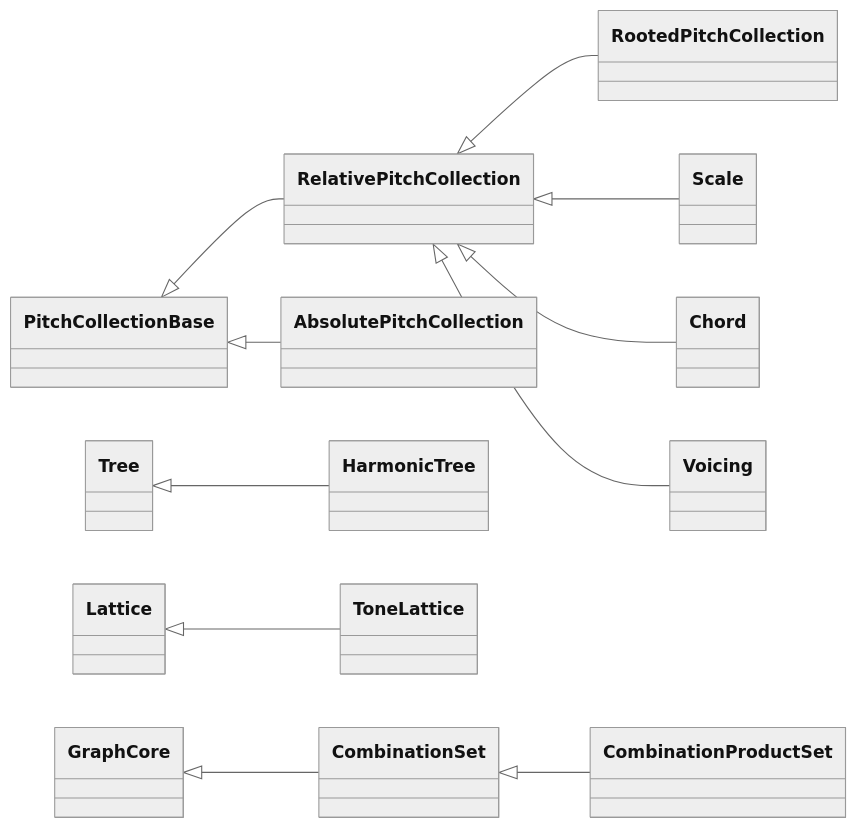
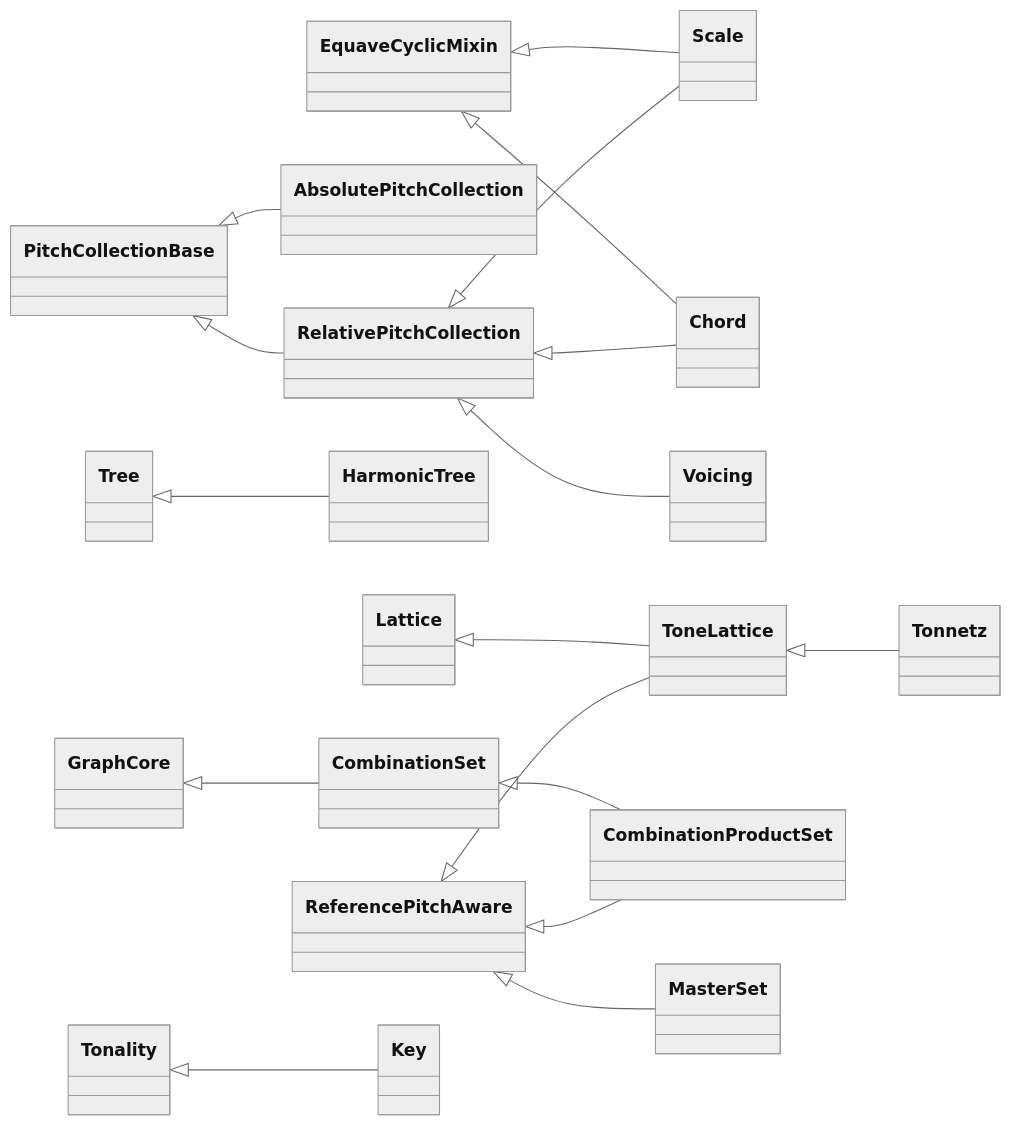
Before and after one commit to kr4g/Klotho: the sixth of 6 diagrams in docs/architecture/03_TONOS.md, drawn with Mermaid (neutral theme). The commit also changed other lines of this file and 14 other files, not shown here.

First line of the commit message:
Refresh architecture docs and Sphinx index for 10.x API (10.11.1)

````diff
--- a/docs/architecture/03_TONOS.md
+++ b/docs/architecture/03_TONOS.md
@@ -464,16 +589,23 @@
 ```mermaid
 classDiagram
     direction LR
 
     PitchCollectionBase <|-- RelativePitchCollection
     PitchCollectionBase <|-- AbsolutePitchCollection
-    RelativePitchCollection <|-- RootedPitchCollection
+    EquaveCyclicMixin <|-- Scale
+    EquaveCyclicMixin <|-- Chord
     RelativePitchCollection <|-- Scale
     RelativePitchCollection <|-- Chord
     RelativePitchCollection <|-- Voicing
 
     Tree <|-- HarmonicTree
     Lattice <|-- ToneLattice
+    ToneLattice <|-- Tonnetz
     GraphCore <|-- CombinationSet
     CombinationSet <|-- CombinationProductSet
+    ReferencePitchAware <|-- ToneLattice
+    ReferencePitchAware <|-- CombinationProductSet
+    ReferencePitchAware <|-- MasterSet
+
+    Tonality <|-- Key
 ```
````
